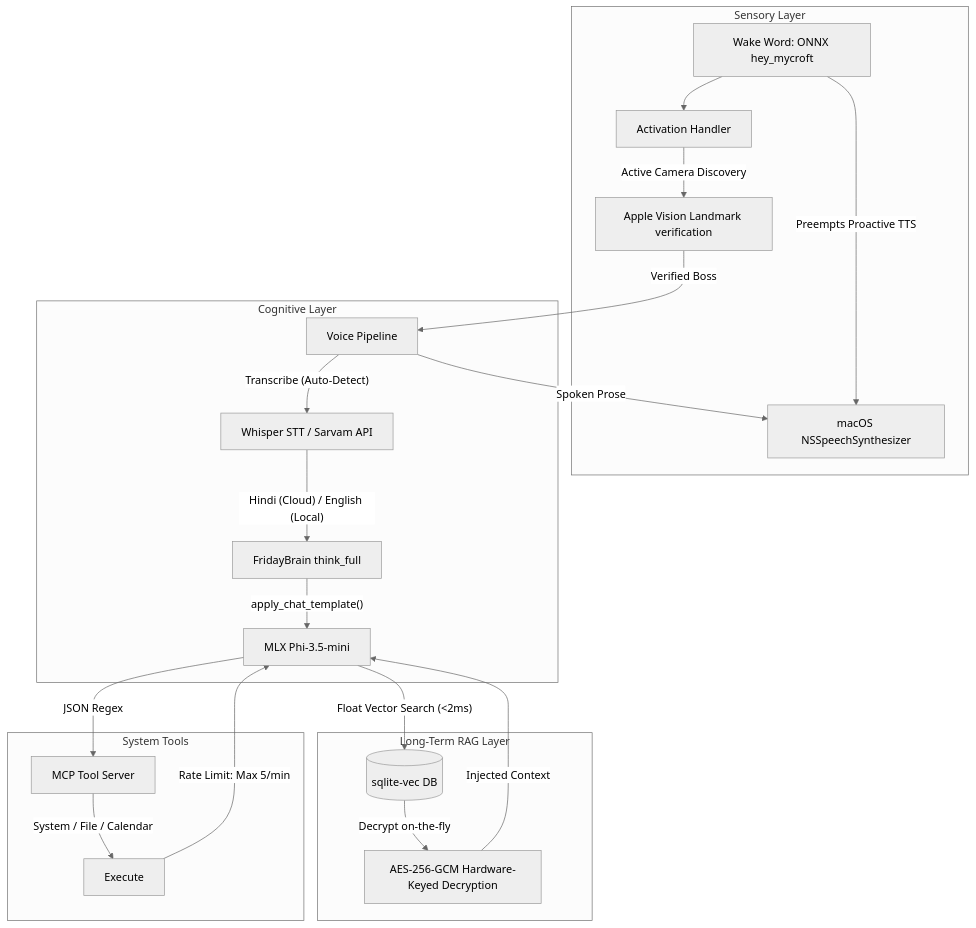
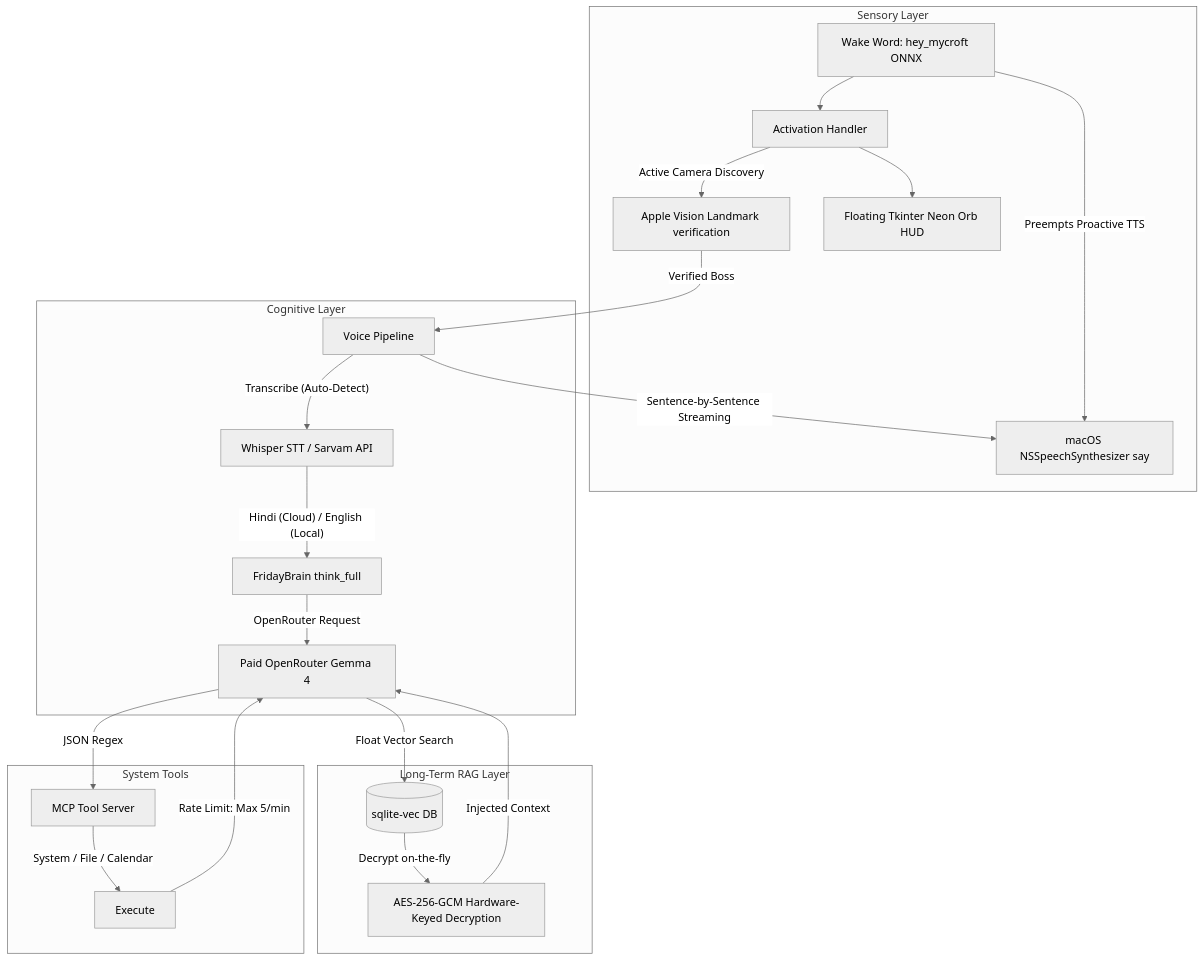
One commit to Khatuaryan/Friday changed the diagram in docs/research-paper/FRIDAY_paper.md. Above: the diagram before and after it, drawn with Mermaid (neutral theme). The commit also changed other lines of this file and 22 other files, not shown here.

````diff
--- a/docs/research-paper/FRIDAY_paper.md
+++ b/docs/research-paper/FRIDAY_paper.md
@@ -61,29 +52,30 @@
 ```mermaid
 flowchart TB
     subgraph Sensors ["Sensory Layer"]
-        WW[Wake Word: ONNX hey_mycroft] --> AH[Activation Handler]
+        WW[Wake Word: hey_mycroft ONNX] --> AH[Activation Handler]
         WW -- Preempts Proactive TTS --> TTS
         AH -- "Active Camera Discovery" --> VISION[Apple Vision Landmark verification]
+        AH --> HUD[Floating Tkinter Neon Orb HUD]
     end
 
     subgraph Reasoning ["Cognitive Layer"]
         VISION -- Verified Boss --> VP[Voice Pipeline]
         VP -- "Transcribe (Auto-Detect)" --> STT[Whisper STT / Sarvam API]
         STT -- "Hindi (Cloud) / English (Local)" --> BRAIN[FridayBrain think_full]
-        BRAIN -- "apply_chat_template()" --> LLM[MLX Phi-3.5-mini]
+        BRAIN -- "OpenRouter Request" --> CloudLLM[Paid OpenRouter Gemma 4]
     end
 
     subgraph Memory_RAG ["Long-Term RAG Layer"]
-        LLM -- "Float Vector Search (<2ms)" --> sqlite_vec[(sqlite-vec DB)]
+        CloudLLM -- "Float Vector Search" --> sqlite_vec[(sqlite-vec DB)]
         sqlite_vec -- Decrypt on-the-fly --> AES[AES-256-GCM Hardware-Keyed Decryption]
-        AES -- Injected Context --> LLM
+        AES -- Injected Context --> CloudLLM
     end
 
     subgraph Action ["System Tools"]
-        LLM -- "<tool_call> JSON Regex" --> MCP[MCP Tool Server]
+        CloudLLM -- "<tool_call> JSON Regex" --> MCP[MCP Tool Server]
         MCP -- "System / File / Calendar" --> EXEC[Execute]
-        EXEC -- "Rate Limit: Max 5/min" --> LLM
+        EXEC -- "Rate Limit: Max 5/min" --> CloudLLM
     end
 
-    VP -- Spoken Prose --> TTS[macOS NSSpeechSynthesizer]
+    VP -- "Sentence-by-Sentence Streaming" --> TTS[macOS NSSpeechSynthesizer say]
 ```
````
